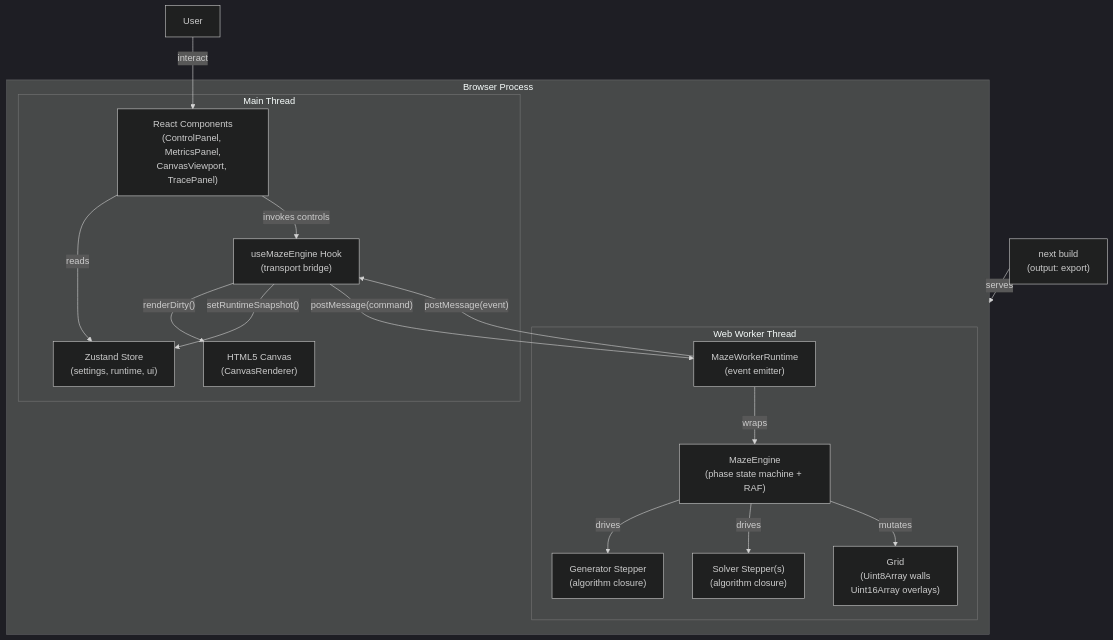
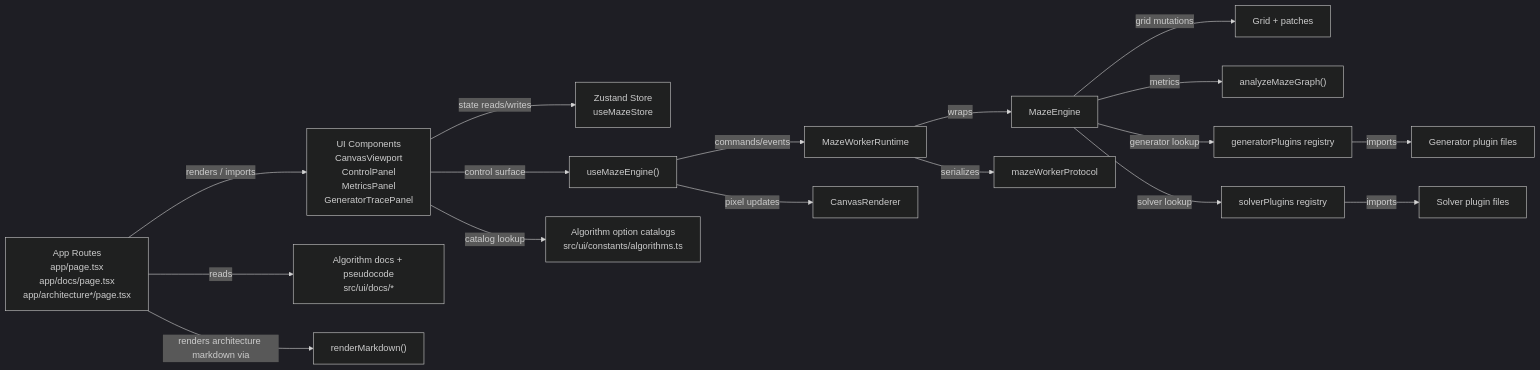
Before and after one commit to Elmar2001/mazer: the third of 5 diagrams in architecture.md, drawn with Mermaid (dark theme). The commit also changed other lines of this file and 3 other files, not shown here.

````diff
--- a/architecture.md
+++ b/architecture.md
@@ -1117,33 +796,19 @@
 ```mermaid
-graph TB
-    subgraph Browser["Browser Process"]
-        subgraph MainThread["Main Thread"]
-            React["React Components<br/>(ControlPanel, MetricsPanel,<br/>CanvasViewport, TracePanel)"]
-            Zustand["Zustand Store<br/>(settings, runtime, ui)"]
-            Hook["useMazeEngine Hook<br/>(transport bridge)"]
-            Canvas["HTML5 Canvas<br/>(CanvasRenderer)"]
-            React -- reads --> Zustand
-            React -- invokes controls --> Hook
-            Hook -- renderDirty() --> Canvas
-            Hook -- setRuntimeSnapshot() --> Zustand
-        end
-
-        subgraph WorkerThread["Web Worker Thread"]
-            WorkerRuntime["MazeWorkerRuntime<br/>(event emitter)"]
-            Engine["MazeEngine<br/>(phase state machine + RAF)"]
-            GenPlugin["Generator Stepper<br/>(algorithm closure)"]
-            SolPlugin["Solver Stepper(s)<br/>(algorithm closure)"]
-            Grid["Grid<br/>(Uint8Array walls<br/>Uint16Array overlays)"]
-            WorkerRuntime -- wraps --> Engine
-            Engine -- drives --> GenPlugin
-            Engine -- drives --> SolPlugin
-            Engine -- mutates --> Grid
-        end
-
-        Hook -- "postMessage(command)" --> WorkerRuntime
-        WorkerRuntime -- "postMessage(event)" --> Hook
-    end
-
-    User["User"] -- "interact" --> React
-    StaticBuild["next build<br/>(output: export)"] -- "serves" --> Browser
+graph LR
+  Routes["App Routes<br/>app/page.tsx<br/>app/docs/page.tsx<br/>app/architecture*/page.tsx"] -->|"renders / imports"| Components["UI Components<br/>CanvasViewport<br/>ControlPanel<br/>MetricsPanel<br/>GeneratorTracePanel"]
+  Routes -->|"reads"| DocData["Algorithm docs + pseudocode<br/>src/ui/docs/*"]
+  Routes -->|"renders architecture markdown via"| Markdown["renderMarkdown()"]
+  Components -->|"state reads/writes"| Store["Zustand Store<br/>useMazeStore"]
+  Components -->|"control surface"| Hook["useMazeEngine()"]
+  Components -->|"catalog lookup"| Catalog["Algorithm option catalogs<br/>src/ui/constants/algorithms.ts"]
+  Hook -->|"commands/events"| WorkerRuntime["MazeWorkerRuntime"]
+  Hook -->|"pixel updates"| Renderer["CanvasRenderer"]
+  WorkerRuntime -->|"wraps"| Engine["MazeEngine"]
+  WorkerRuntime -->|"serializes"| Protocol["mazeWorkerProtocol"]
+  Engine -->|"grid mutations"| Grid["Grid + patches"]
+  Engine -->|"metrics"| Graph["analyzeMazeGraph()"]
+  Engine -->|"generator lookup"| Generators["generatorPlugins registry"]
+  Engine -->|"solver lookup"| Solvers["solverPlugins registry"]
+  Generators -->|"imports"| GeneratorImpls["Generator plugin files"]
+  Solvers -->|"imports"| SolverImpls["Solver plugin files"]
 ```
````
